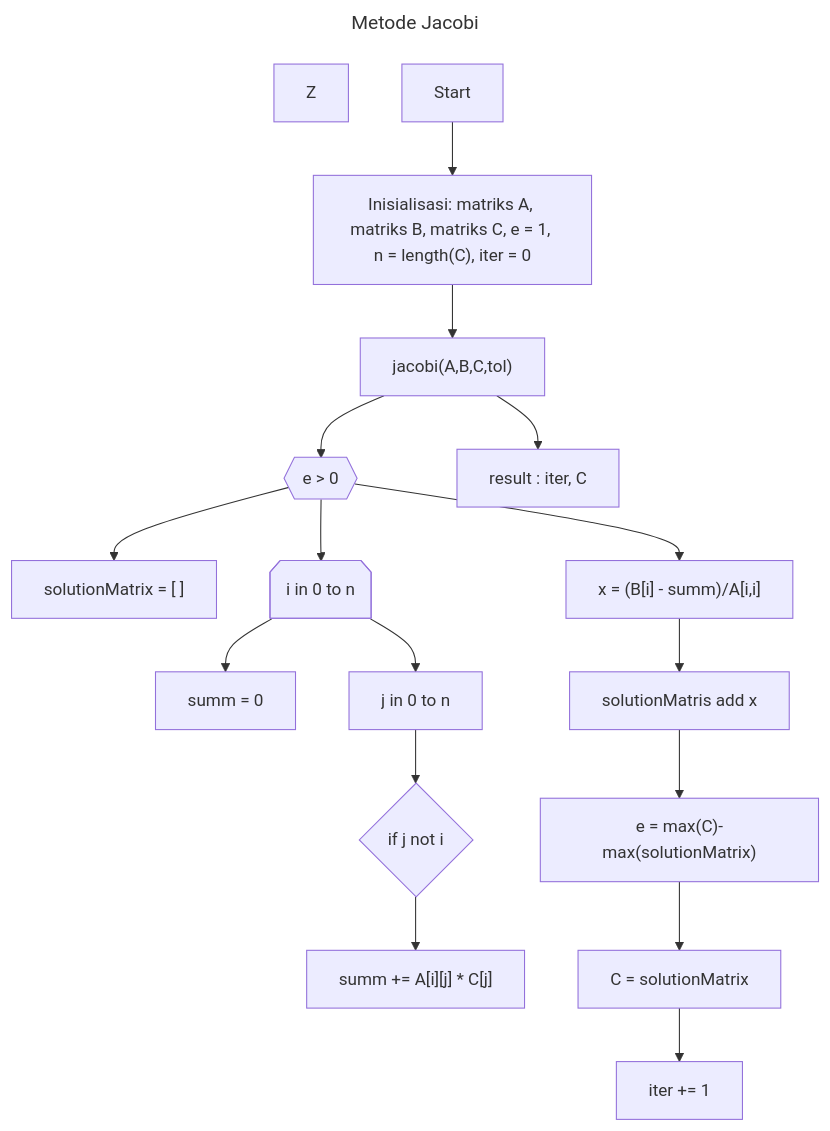
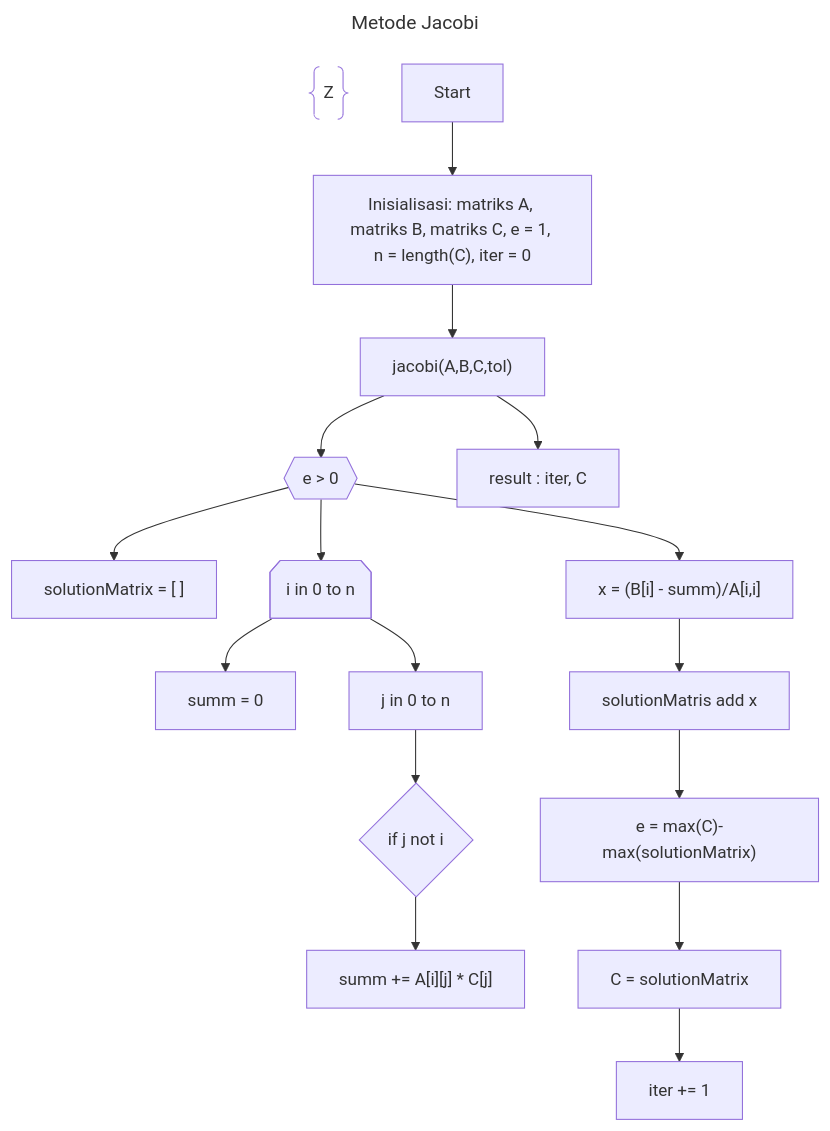
Before and after one commit to aslabkomfis/Komputasi-Numerik-24-25: the diagram in Modul-3/metode-jacobi.mmd, drawn with Mermaid.

```diff
--- a/Modul-3/metode-jacobi.mmd
+++ b/Modul-3/metode-jacobi.mmd
@@ -1,21 +1,21 @@
 ---
 title: Metode Jacobi    
 ---
 
 flowchart TD;
-    Z@{shapes: braces, label:"Matriks A : Matriks Koefisien dari SPL, Matriks B : Matriks solusi dari SPL, C : Matriks kosong dengan ukuran matriks B"} 
+    Z@{shape: braces, label:"Matriks A : Matriks Koefisien dari SPL, Matriks B : Matriks solusi dari SPL, C : Matriks kosong dengan ukuran matriks B"} 
     A[Start] --> B["Inisialisasi: matriks A, matriks B, matriks C, e = 1, n = length(C), iter = 0"] 
     B --> X["jacobi(A,B,C,tol)"]
     X --> C{{"e > 0"}}
     C --> D["solutionMatrix = [ ]"]
     C --> F@{shape: notch-pent, label: "i in 0 to n"}
     F --> G["summ = 0"]
     F --> H["j in 0 to n"]
     H --> I{"if j not i"}
     I --> J["summ += A[i][j] * C[j]"]
     C --> K["x = (B[i] - summ)/A[i,i]"]
     K --> L["solutionMatris add x"]
     L --> M["e = max(C)-max(solutionMatrix)"]
     M --> N["C = solutionMatrix"]
     N --> O["iter += 1"]
     X --> P["result : iter, C"]
```
